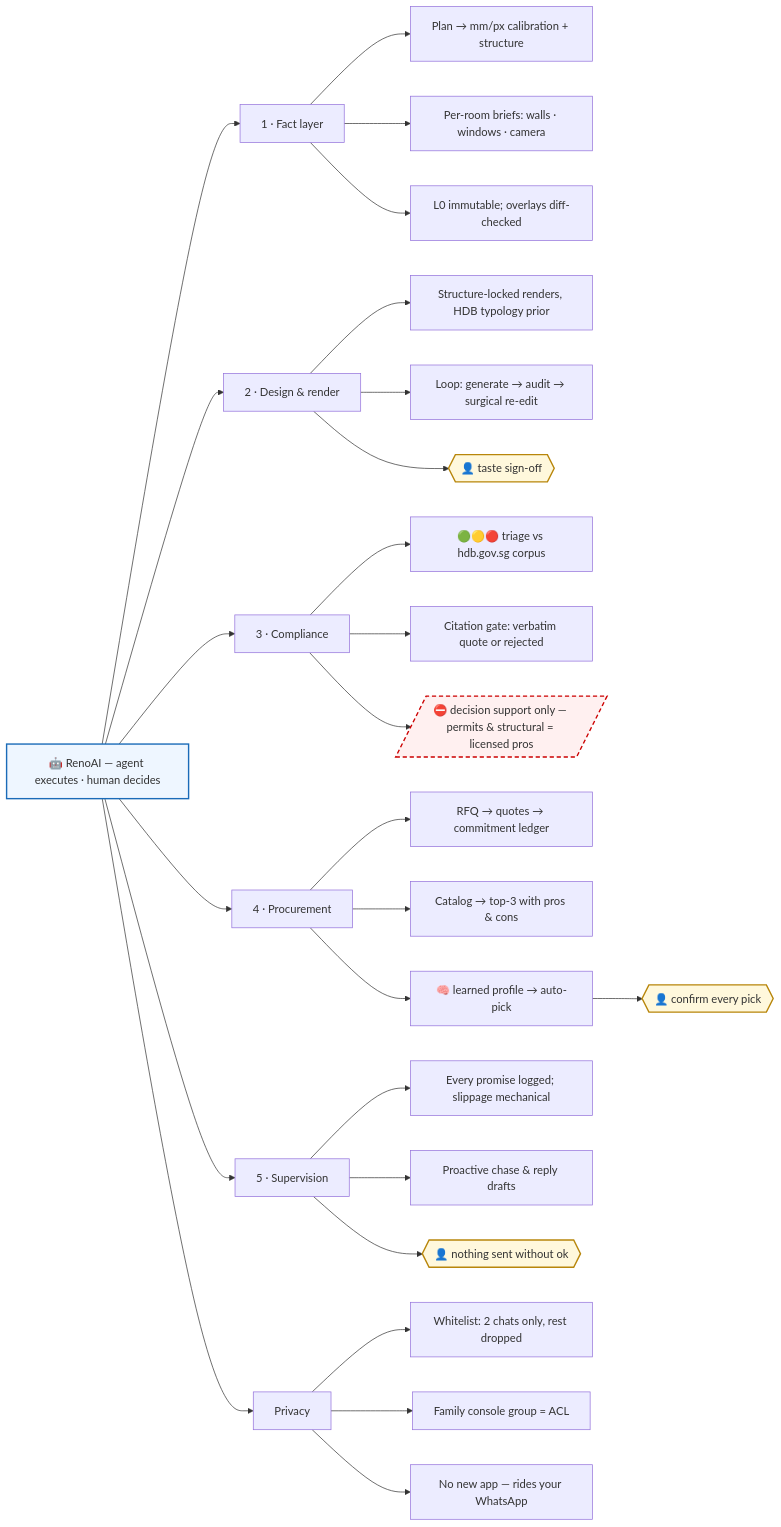
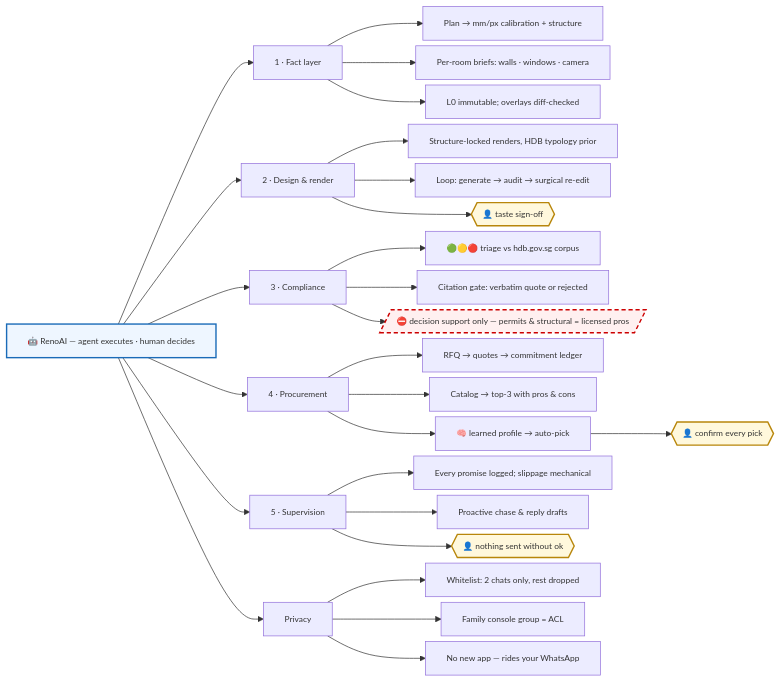
The diagram in README.md (littlejuju/RenoGent), drawn with Mermaid before and after one commit.

Commit message:
readme: tighten mermaid spacing, no label wrapping

````diff
--- a/README.md
+++ b/README.md
@@ -22,42 +22,43 @@
 ```mermaid
+%%{init: {"flowchart": {"nodeSpacing": 8, "rankSpacing": 36, "wrappingWidth": 900, "markdownAutoWrap": false}, "themeVariables": {"fontSize": "12px"}}}%%
 flowchart LR
     RA["🤖 RenoAI — agent executes · human decides"]
 
     RA --> P["1 · Fact layer"]
     P --> P1["Plan → mm/px calibration + structure"]
     P --> P2["Per-room briefs: walls · windows · camera"]
     P --> P3["L0 immutable; overlays diff-checked"]
 
     RA --> D["2 · Design & render"]
     D --> D1["Structure-locked renders, HDB typology prior"]
     D --> D2["Loop: generate → audit → surgical re-edit"]
     D --> HG1{{"👤 taste sign-off"}}
 
     RA --> C["3 · Compliance"]
     C --> C1["🟢🟡🔴 triage vs hdb.gov.sg corpus"]
     C --> C2["Citation gate: verbatim quote or rejected"]
     C --> B1[/"⛔ decision support only — permits & structural = licensed pros"/]
 
     RA --> PR["4 · Procurement"]
     PR --> PR1["RFQ → quotes → commitment ledger"]
     PR --> PR2["Catalog → top-3 with pros & cons"]
     PR --> PR3["🧠 learned profile → auto-pick"]
     PR3 --> HG2{{"👤 confirm every pick"}}
 
     RA --> S["5 · Supervision"]
     S --> S1["Every promise logged; slippage mechanical"]
     S --> S2["Proactive chase & reply drafts"]
     S --> HG3{{"👤 nothing sent without ok"}}
 
     RA --> PV["Privacy"]
     PV --> PV1["Whitelist: 2 chats only, rest dropped"]
     PV --> PV2["Family console group = ACL"]
     PV --> PV3["No new app — rides your WhatsApp"]
 
     classDef boundary fill:#fff0f0,stroke:#cc0000,stroke-width:2px,stroke-dasharray:6 4
     classDef human fill:#fff8dc,stroke:#b8860b,stroke-width:2px
     classDef root fill:#eef6ff,stroke:#1a6bb8,stroke-width:2px
     class B1 boundary
     class HG1,HG2,HG3 human
     class RA root
 ```
````
